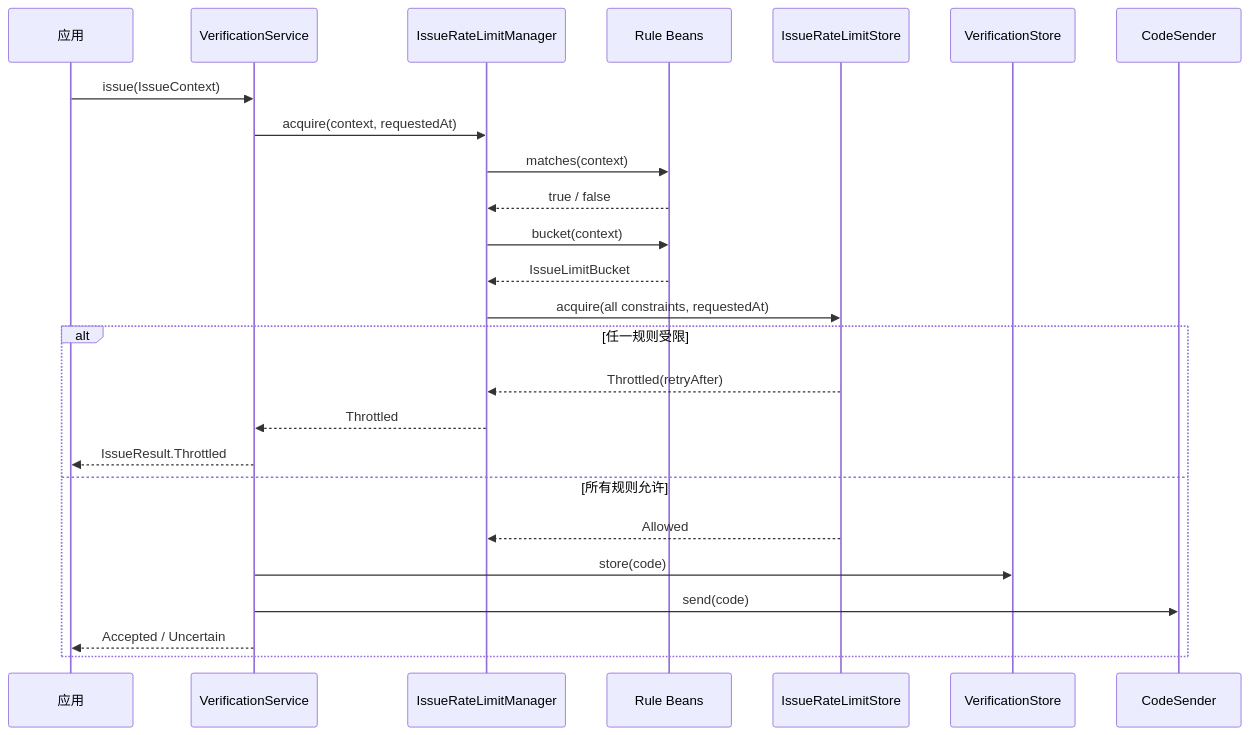
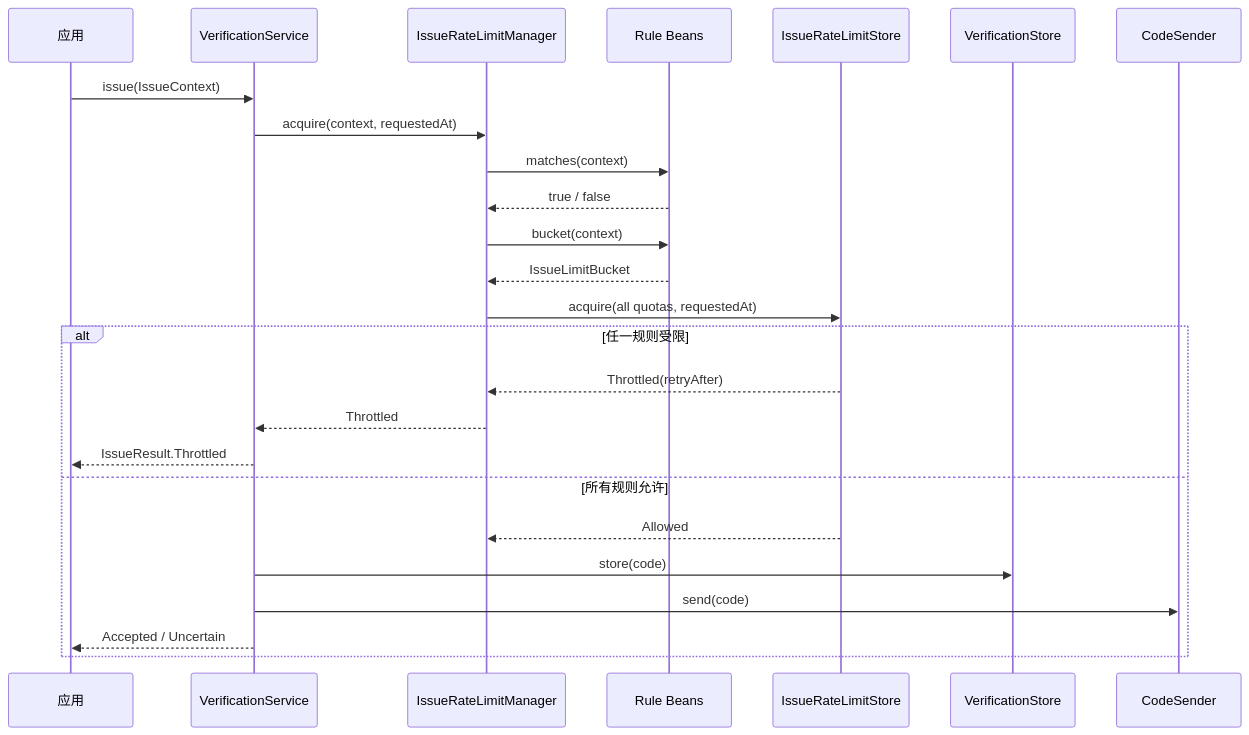
Before and after one commit to RingoTangs/ringo-boot: the second of 2 diagrams in ringo-boot-core/src/main/java/io/github/ringotangs/ringoboot/verification/limit/README.md, drawn with Mermaid. The commit also changed other lines of this file and 12 other files, not shown here.

````diff
--- a/ringo-boot-core/src/main/java/io/github/ringotangs/ringoboot/verification/limit/README.md
+++ b/ringo-boot-core/src/main/java/io/github/ringotangs/ringoboot/verification/limit/README.md
@@ -149,28 +149,28 @@
 ```mermaid
 sequenceDiagram
     participant App as 应用
     participant Service as VerificationService
     participant Manager as IssueRateLimitManager
     participant Rule as Rule Beans
     participant LimitStore as IssueRateLimitStore
     participant CodeStore as VerificationStore
     participant Sender as CodeSender
 
     App->>Service: issue(IssueContext)
     Service->>Manager: acquire(context, requestedAt)
     Manager->>Rule: matches(context)
     Rule-->>Manager: true / false
     Manager->>Rule: bucket(context)
     Rule-->>Manager: IssueLimitBucket
-    Manager->>LimitStore: acquire(all constraints, requestedAt)
+    Manager->>LimitStore: acquire(all quotas, requestedAt)
     alt 任一规则受限
         LimitStore-->>Manager: Throttled(retryAfter)
         Manager-->>Service: Throttled
         Service-->>App: IssueResult.Throttled
     else 所有规则允许
         LimitStore-->>Manager: Allowed
         Service->>CodeStore: store(code)
         Service->>Sender: send(code)
         Service-->>App: Accepted / Uncertain
     end
 ```
````
